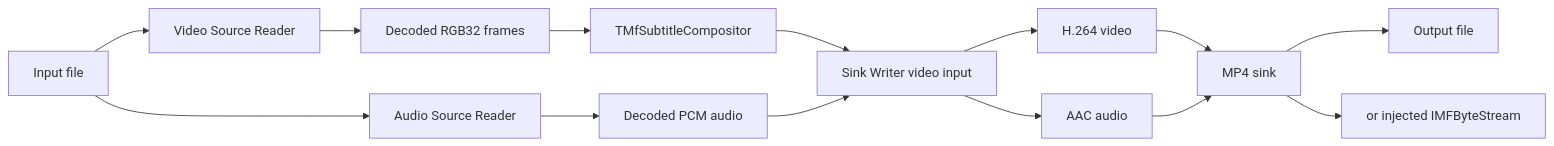
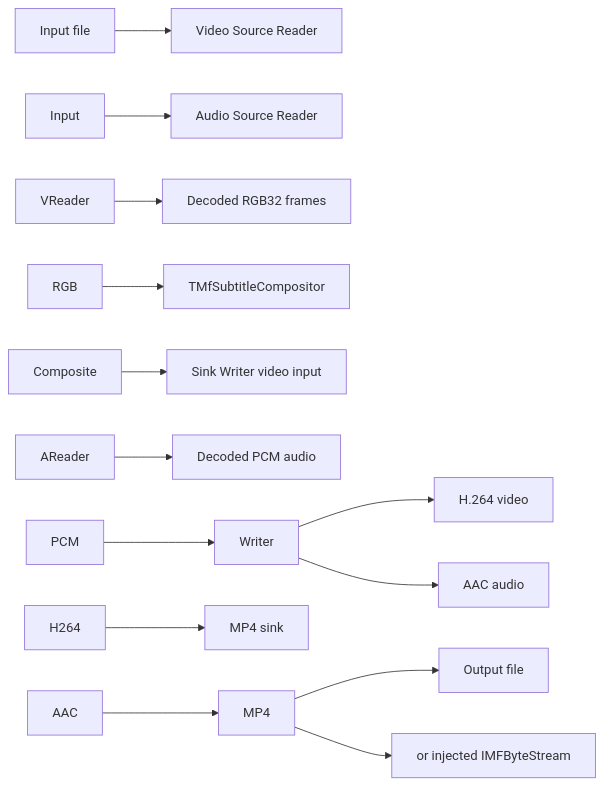
The fifth of 10 diagrams in MfPack/Samples/MfPlayer X2/Docs/MfPlayer_X2_Architecture_and_Chromecast.md (FactoryXCode/MfPack), drawn with Mermaid before and after one commit. The commit also changed other lines of this file and 10 other files, not shown here.

````diff
--- a/MfPack/Samples/MfPlayer X2/Docs/MfPlayer_X2_Architecture_and_Chromecast.md
+++ b/MfPack/Samples/MfPlayer X2/Docs/MfPlayer_X2_Architecture_and_Chromecast.md
@@ -454,16 +449,16 @@
 ```mermaid
 flowchart LR
-    Input[Input file] --> VReader[Video Source Reader]
-    Input --> AReader[Audio Source Reader]
-    VReader --> RGB[Decoded RGB32 frames]
-    RGB --> Composite[TMfSubtitleCompositor]
-    Composite --> Writer[Sink Writer video input]
-    AReader --> PCM[Decoded PCM audio]
+    Input\[Input file] --> VReader\[Video Source Reader]
+    Input --> AReader\[Audio Source Reader]
+    VReader --> RGB\[Decoded RGB32 frames]
+    RGB --> Composite\[TMfSubtitleCompositor]
+    Composite --> Writer\[Sink Writer video input]
+    AReader --> PCM\[Decoded PCM audio]
     PCM --> Writer
-    Writer --> H264[H.264 video]
-    Writer --> AAC[AAC audio]
-    H264 --> MP4[MP4 sink]
+    Writer --> H264\[H.264 video]
+    Writer --> AAC\[AAC audio]
+    H264 --> MP4\[MP4 sink]
     AAC --> MP4
-    MP4 --> File[Output file]
-    MP4 --> ByteStream[or injected IMFByteStream]
+    MP4 --> File\[Output file]
+    MP4 --> ByteStream\[or injected IMFByteStream]
 ```
````
